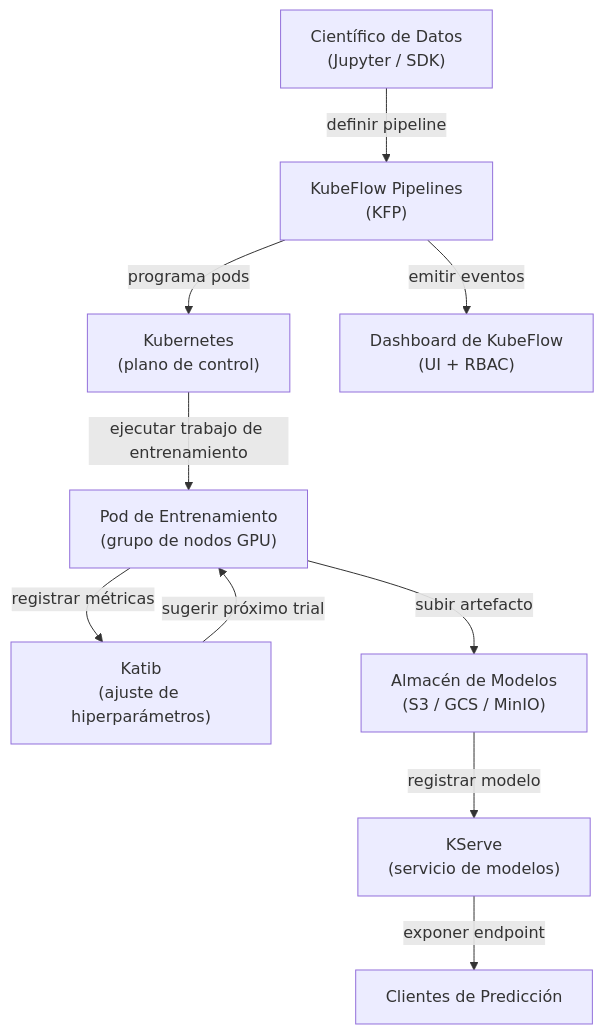
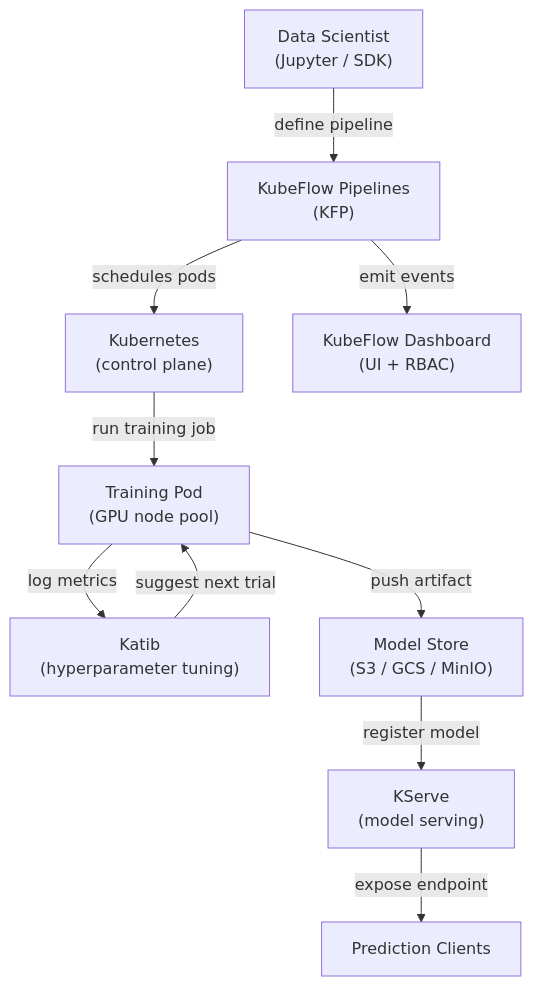
One commit to EmersonBraun/ai-summary-hub changed the diagram in i18n/es/docusaurus-plugin-content-docs/current/mlops/deployment/kubeflow.md. Above: the diagram before and after it, drawn with Mermaid. The commit also changed other lines of this file and 242 other files, not shown here.

````diff
--- a/i18n/es/docusaurus-plugin-content-docs/current/mlops/deployment/kubeflow.md
+++ b/i18n/es/docusaurus-plugin-content-docs/current/mlops/deployment/kubeflow.md
@@ -21,12 +21,12 @@
 ```mermaid
 flowchart TB
-  Developer["Científico de Datos\n(Jupyter / SDK)"] -->|"definir pipeline"| KFP["KubeFlow Pipelines\n(KFP)"]
-  KFP -->|"programa pods"| K8s["Kubernetes\n(plano de control)"]
-  K8s -->|"ejecutar trabajo de entrenamiento"| TrainPod["Pod de Entrenamiento\n(grupo de nodos GPU)"]
-  TrainPod -->|"registrar métricas"| Katib["Katib\n(ajuste de hiperparámetros)"]
-  Katib -->|"sugerir próximo trial"| TrainPod
-  TrainPod -->|"subir artefacto"| Storage["Almacén de Modelos\n(S3 / GCS / MinIO)"]
-  Storage -->|"registrar modelo"| KFServe["KServe\n(servicio de modelos)"]
-  KFServe -->|"exponer endpoint"| Client["Clientes de Predicción"]
-  KFP -->|"emitir eventos"| Dashboard["Dashboard de KubeFlow\n(UI + RBAC)"]
+  Developer["Data Scientist\n(Jupyter / SDK)"] -->|"define pipeline"| KFP["KubeFlow Pipelines\n(KFP)"]
+  KFP -->|"schedules pods"| K8s["Kubernetes\n(control plane)"]
+  K8s -->|"run training job"| TrainPod["Training Pod\n(GPU node pool)"]
+  TrainPod -->|"log metrics"| Katib["Katib\n(hyperparameter tuning)"]
+  Katib -->|"suggest next trial"| TrainPod
+  TrainPod -->|"push artifact"| Storage["Model Store\n(S3 / GCS / MinIO)"]
+  Storage -->|"register model"| KFServe["KServe\n(model serving)"]
+  KFServe -->|"expose endpoint"| Client["Prediction Clients"]
+  KFP -->|"emit events"| Dashboard["KubeFlow Dashboard\n(UI + RBAC)"]
 ```
````
